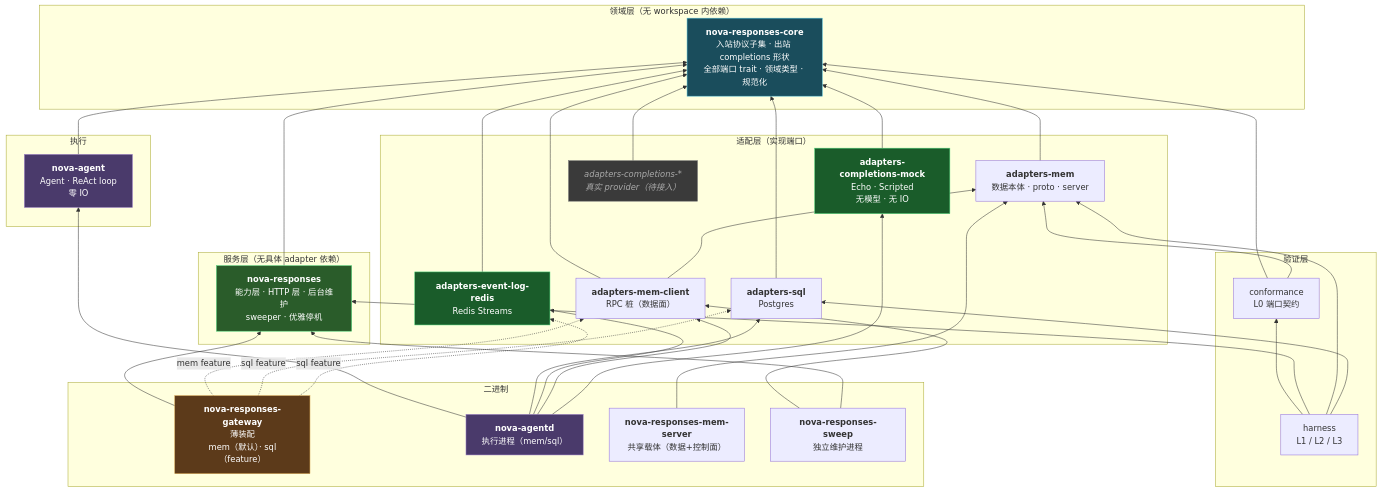
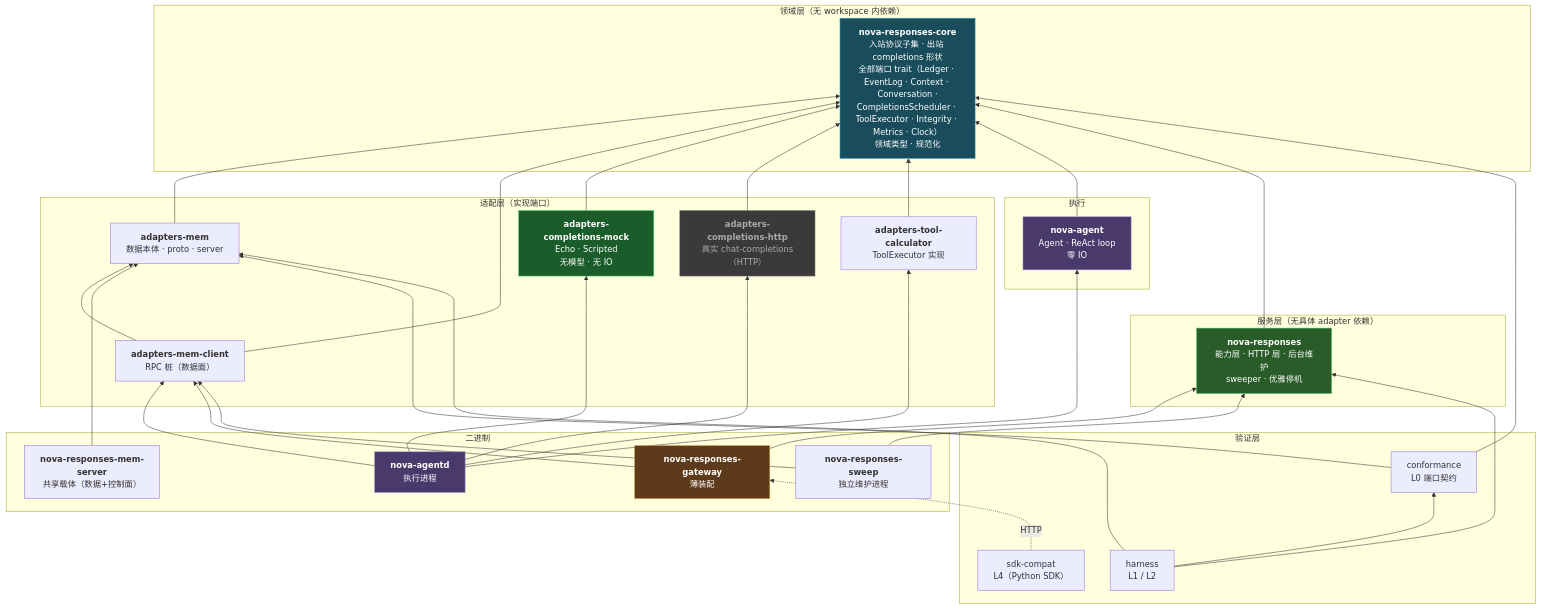
Before and after one commit to charleslyh/nova-chat: the first of 8 diagrams in docs/design/00-architecture-review.md, drawn with Mermaid. The commit also changed other lines of this file and 48 other files, not shown here.

Commit message:
refactor(backend): drop sql carrier, unify on in-memory mem-server

````diff
--- a/docs/design/00-architecture-review.md
+++ b/docs/design/00-architecture-review.md
@@ -106,72 +60,68 @@
 ```mermaid
 graph BT
     subgraph L0["领域层（无 workspace 内依赖）"]
-        core["<b>nova-responses-core</b><br/>入站协议子集 · 出站 completions 形状<br/>全部端口 trait · 领域类型 · 规范化"]
+        core["<b>nova-responses-core</b><br/>入站协议子集 · 出站 completions 形状<br/>全部端口 trait（Ledger · EventLog · Context · Conversation ·<br/>CompletionsScheduler · ToolExecutor · Integrity · Metrics · Clock）<br/>领域类型 · 规范化"]
     end
 
     subgraph L1["适配层（实现端口）"]
         mem["<b>adapters-mem</b><br/>数据本体 · proto · server"]
         memclient["<b>adapters-mem-client</b><br/>RPC 桩（数据面）"]
-        sql["<b>adapters-sql</b><br/>Postgres"]
-        redis["<b>adapters-event-log-redis</b><br/>Redis Streams"]
         cmock["<b>adapters-completions-mock</b><br/>Echo · Scripted<br/>无模型 · 无 IO"]
-        cprov["<i>adapters-completions-*</i><br/><i>真实 provider（待接入）</i>"]
+        chttp["<b>adapters-completions-http</b><br/>真实 chat-completions（HTTP）"]
+        tool["<b>adapters-tool-calculator</b><br/>ToolExecutor 实现"]
     end
 
     subgraph L2["执行"]
         agent["<b>nova-agent</b><br/>Agent · ReAct loop<br/>零 IO"]
     end
 
     subgraph SRV["服务层（无具体 adapter 依赖）"]
         svc["<b>nova-responses</b><br/>能力层 · HTTP 层 · 后台维护<br/>sweeper · 优雅停机"]
     end
 
     subgraph L3["二进制"]
-        gw["<b>nova-responses-gateway</b><br/>薄装配<br/>mem（默认）· sql（feature）"]
-        agentd["<b>nova-agentd</b><br/>执行进程（mem/sql）"]
+        gw["<b>nova-responses-gateway</b><br/>薄装配"]
+        agentd["<b>nova-agentd</b><br/>执行进程"]
         memsrv["<b>nova-responses-mem-server</b><br/>共享载体（数据+控制面）"]
         sweep["<b>nova-responses-sweep</b><br/>独立维护进程"]
     end
 
     subgraph T["验证层"]
         conf["conformance<br/>L0 端口契约"]
-        harn["harness<br/>L1 / L2 / L3"]
+        harn["harness<br/>L1 / L2"]
+        sdk["sdk-compat<br/>L4（Python SDK）"]
     end
 
     mem --> core
     memclient --> core
     memclient --> mem
-    sql --> core
-    redis --> core
     cmock --> core
-    cprov --> core
+    chttp --> core
+    tool --> core
     agent --> core
     svc --> core
     agentd --> agent
-    agentd --> sql
-    agentd --> redis
     agentd --> memclient
     agentd --> cmock
+    agentd --> chttp
+    agentd --> tool
     gw --> svc
-    gw -.->|"mem feature"| memclient
-    gw -.->|"sql feature"| sql
-    gw -.->|"sql feature"| redis
+    gw --> memclient
     memsrv --> mem
     sweep --> memclient
     sweep --> svc
     conf --> core
     conf --> mem
     harn --> conf
     harn --> svc
     harn --> mem
-    harn --> sql
+    sdk -.->|"HTTP"| gw
 
     style core fill:#1a4d5c,stroke:#4db8d4,color:#fff
     style agent fill:#4a3a6b,stroke:#9b7fc7,color:#fff
     style agentd fill:#4a3a6b,stroke:#9b7fc7,color:#fff
     style svc fill:#2a5c2a,stroke:#4dd47a,color:#fff
     style gw fill:#5c3a1a,stroke:#d4a04d,color:#fff
     style cmock fill:#1a5c2a,stroke:#4dd47a,color:#fff
-    style redis fill:#1a5c2a,stroke:#4dd47a,color:#fff
-    style cprov fill:#3a3a3a,stroke:#777,color:#aaa
+    style chttp fill:#3a3a3a,stroke:#777,color:#aaa
 ```
````
